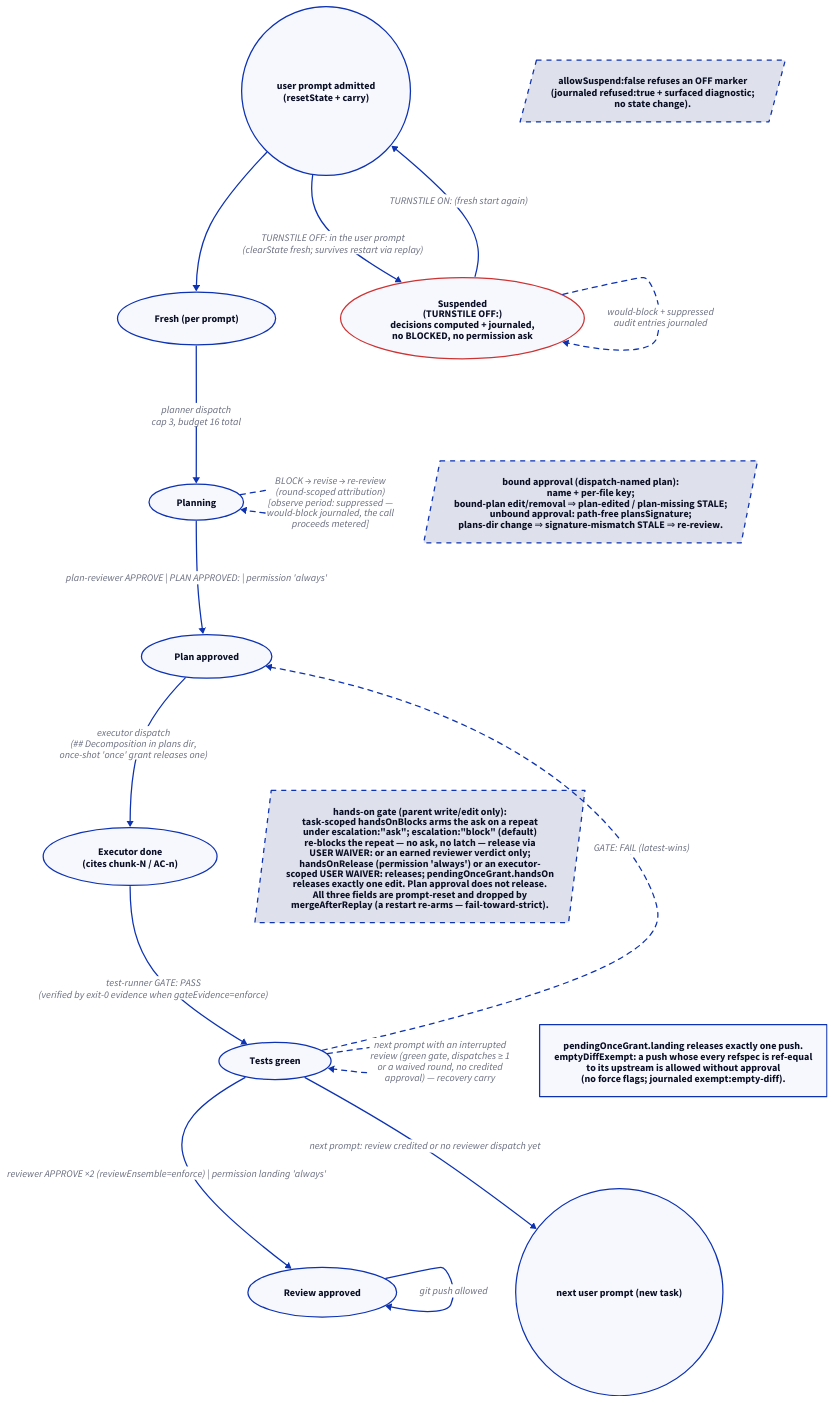
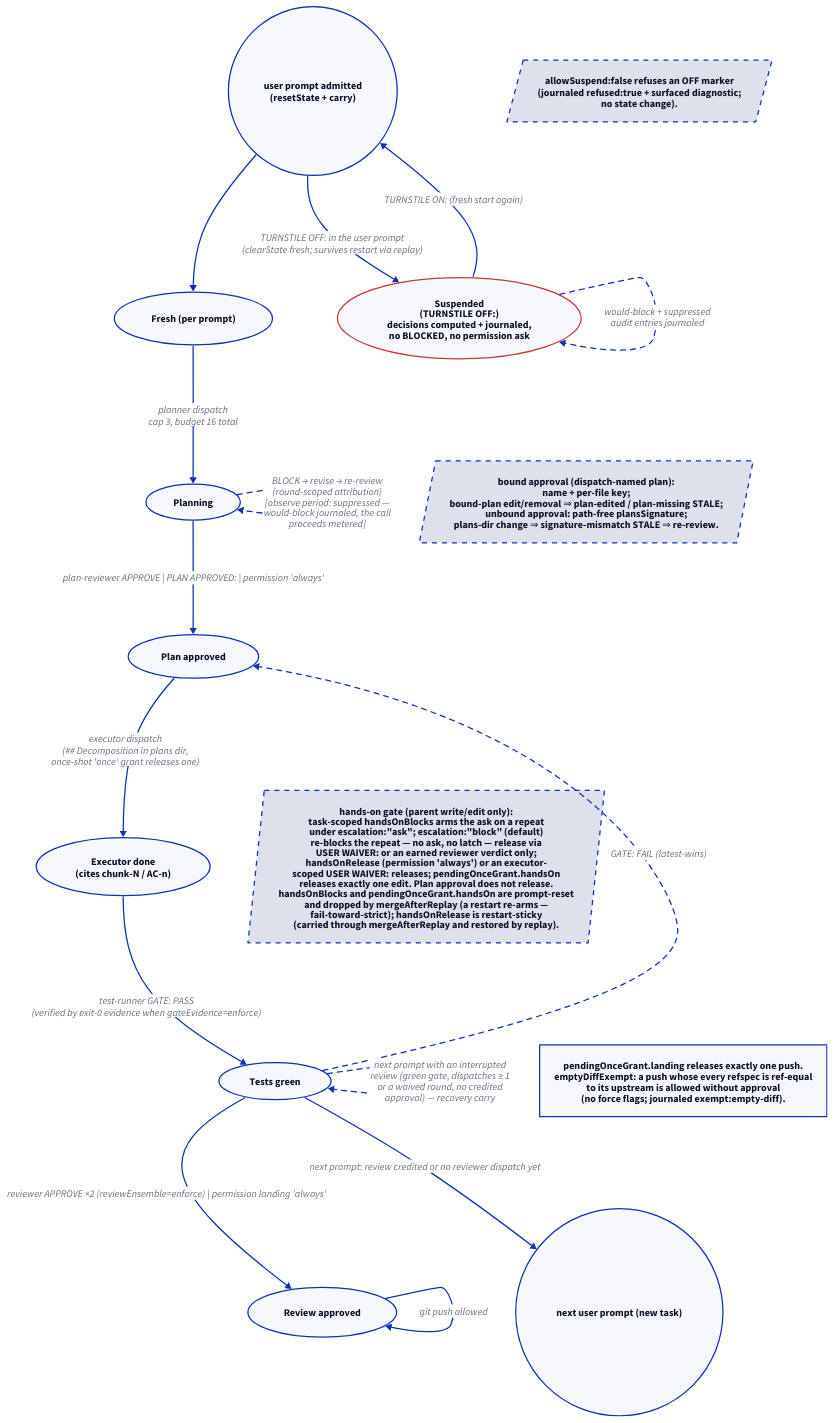
The diagram in docs/diagrams/d04-gate-state.d2 (edseabolt/turnstile), drawn with D2 before and after one commit. The commit also changed 5 other files, not shown here.

Commit message:
docs(diagrams): sync d01/d02/d04 with code and re-render SVGs

```diff
--- a/docs/diagrams/d04-gate-state.d2
+++ b/docs/diagrams/d04-gate-state.d2
@@ -1,81 +1,81 @@
 direction: down
 
 fresh: "Fresh (per prompt)" {
   shape: oval
 }
 planning: "Planning" {
   shape: oval
 }
 planok: "Plan approved" {
   shape: oval
 }
 executor: "Executor done\n(cites chunk-N / AC-n)" {
   shape: oval
 }
 green: "Tests green" {
   shape: oval
 }
 reviewed: "Review approved" {
   shape: oval
 }
 end: "next user prompt (new task)" {
   shape: circle
 }
 
 start: "user prompt admitted\n(resetState + carry)" {
   shape: circle
 }
 
 start -> fresh
 fresh -> planning: "planner dispatch\ncap 3, budget 16 total"
 planning -> planok: "plan-reviewer APPROVE | PLAN APPROVED: | permission 'always'"
 planning -> planning: "BLOCK → revise → re-review\n(round-scoped attribution)\n[observe period: suppressed —\nwould-block journaled, the call\nproceeds metered]" {
   style.stroke-dash: 4
 }
 planok -> executor: "executor dispatch\n(## Decomposition in plans dir,\nonce-shot 'once' grant releases one)"
 executor -> green: "test-runner GATE: PASS\n(verified by exit-0 evidence when gateEvidence=enforce)"
 green -> planok: "GATE: FAIL (latest-wins)" {
   style.stroke-dash: 4
 }
 green -> reviewed: "reviewer APPROVE ×2 (reviewEnsemble=enforce) | permission landing 'always'"
 reviewed -> reviewed: "git push allowed"
 green -> end: "next prompt: review credited or no reviewer dispatch yet"
 green -> green: "next prompt with an interrupted\nreview (green gate, dispatches ≥ 1\nor a waived round, no credited\napproval) — recovery carry" {
   style.stroke-dash: 4
 }
 
 suspend: "Suspended\n(TURNSTILE OFF:)\ndecisions computed + journaled,\nno BLOCKED, no permission ask" {
   shape: oval
   style.stroke: "#c33"
 }
 suspend -> suspend: "would-block + suppressed\naudit entries journaled" {
   style.stroke-dash: 4
 }
 start -> suspend: "TURNSTILE OFF: in the user prompt\n(clearState fresh; survives restart via replay)"
 suspend -> start: "TURNSTILE ON: (fresh start again)"
 refused-note: "allowSuspend:false refuses an OFF marker\n(journaled refused:true + surfaced diagnostic;\nno state change)." {
   style.stroke-dash: 4
   shape: parallelogram
 }
 refused-note -> suspend: "" {
   style.opacity: 0
 }
 
 planok-note: "bound approval (dispatch-named plan):\nname + per-file key;\nbound-plan edit/removal ⇒ plan-edited / plan-missing STALE;\nunbound approval: path-free plansSignature;\nplans-dir change ⇒ signature-mismatch STALE ⇒ re-review." {
   style.stroke-dash: 4
   shape: parallelogram
 }
 reviewed-note: "pendingOnceGrant.landing releases exactly one push.\nemptyDiffExempt: a push whose every refspec is ref-equal\nto its upstream is allowed without approval\n(no force flags; journaled exempt:empty-diff)."
-handson-note: "hands-on gate (parent write/edit only):\ntask-scoped handsOnBlocks arms the ask on a repeat\nunder escalation:\"ask\"; escalation:\"block\" (default)\nre-blocks the repeat — no ask, no latch — release via\nUSER WAIVER: or an earned reviewer verdict only;\nhandsOnRelease (permission 'always') or an executor-\nscoped USER WAIVER: releases; pendingOnceGrant.handsOn\nreleases exactly one edit. Plan approval does not release.\nAll three fields are prompt-reset and dropped by\nmergeAfterReplay (a restart re-arms — fail-toward-strict)." {
+handson-note: "hands-on gate (parent write/edit only):\ntask-scoped handsOnBlocks arms the ask on a repeat\nunder escalation:\"ask\"; escalation:\"block\" (default)\nre-blocks the repeat — no ask, no latch — release via\nUSER WAIVER: or an earned reviewer verdict only;\nhandsOnRelease (permission 'always') or an executor-\nscoped USER WAIVER: releases; pendingOnceGrant.handsOn\nreleases exactly one edit. Plan approval does not release.\nhandsOnBlocks and pendingOnceGrant.handsOn are prompt-reset\nand dropped by mergeAfterReplay (a restart re-arms —\nfail-toward-strict); handsOnRelease is restart-sticky\n(carried through mergeAfterReplay and restored by replay)." {
   style.stroke-dash: 4
   shape: parallelogram
 }
 planok-note -> planok: "" {
   style.opacity: 0
 }
 reviewed-note -> reviewed: "" {
   style.opacity: 0
 }
 handson-note -> green: "" {
   style.opacity: 0
 }
```
